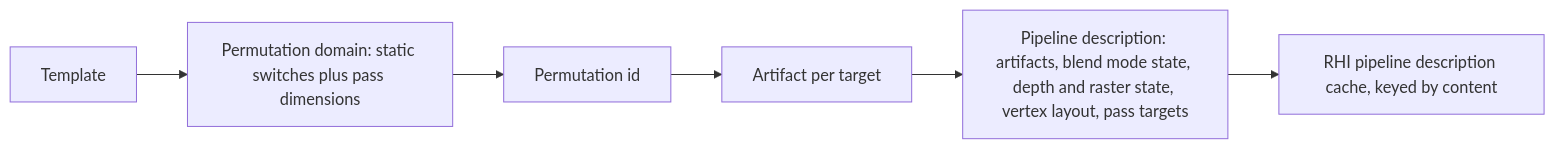
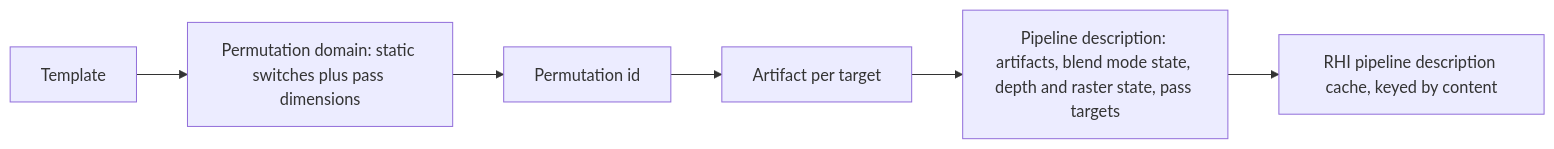
The second of 3 diagrams in docs/architecture/materials.md (plainsight-systems/bullet-witch), drawn with Mermaid before and after one commit. The commit also changed other lines of this file, not shown here.

````diff
--- a/docs/architecture/materials.md
+++ b/docs/architecture/materials.md
@@ -89,8 +90,8 @@
 ```mermaid
 flowchart LR
     T["Template"] --> D["Permutation domain: static switches plus pass dimensions"]
     D --> P["Permutation id"]
     P --> A["Artifact per target"]
-    A --> K["Pipeline description: artifacts, blend mode state, depth and raster state, vertex layout, pass targets"]
+    A --> K["Pipeline description: artifacts, blend mode state, depth and raster state, pass targets"]
     K --> C["RHI pipeline description cache, keyed by content"]
 ```
````
